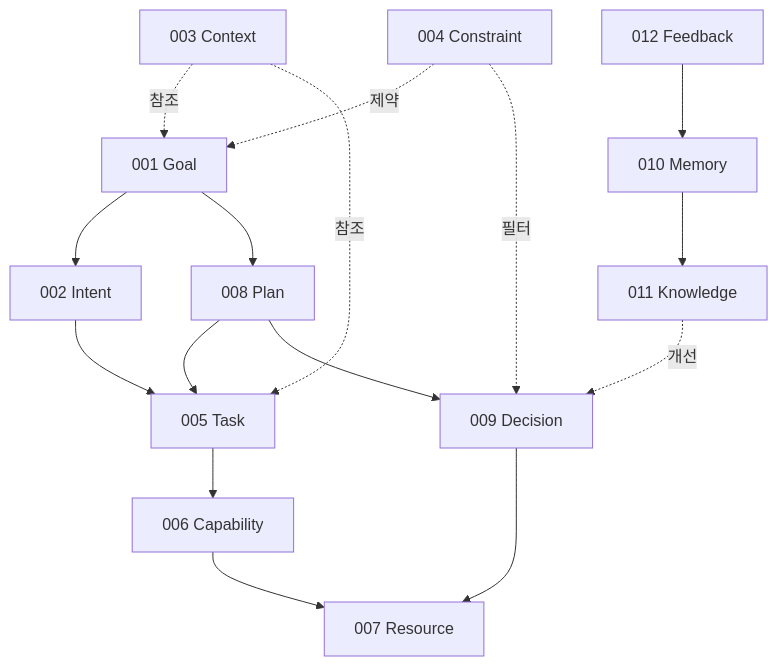
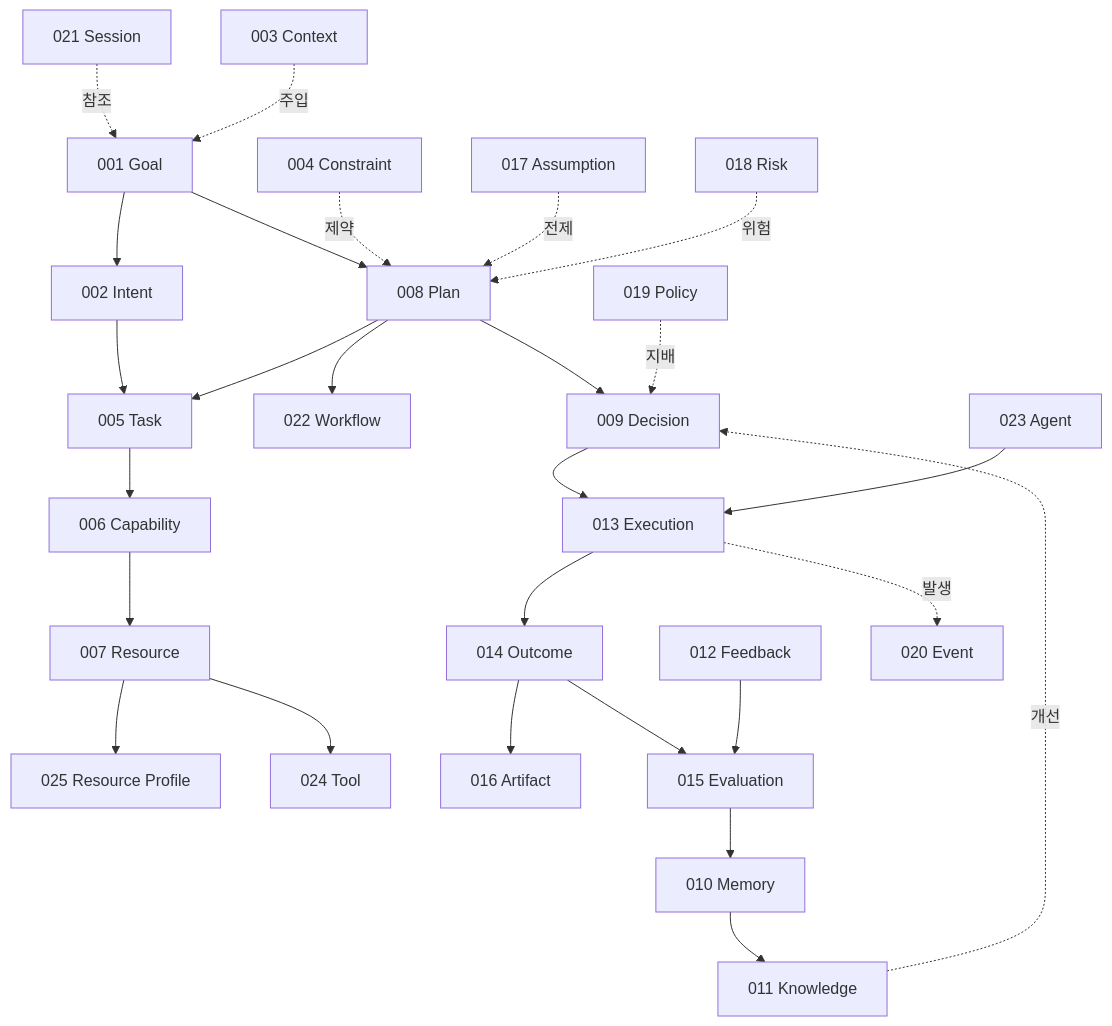
Before and after one commit to gyhan0223/intent-os-spec: the diagram in entities/README.md, drawn with Mermaid. The commit also changed other lines of this file and 36 other files, not shown here.

````diff
--- a/entities/README.md
+++ b/entities/README.md
@@ -109,21 +144,32 @@
 ```mermaid
 graph TD
-    Goal[001 Goal] --> Intent[002 Intent]
+    Session[021 Session] -.참조.-> Goal[001 Goal]
+    Goal --> Intent[002 Intent]
     Intent --> Task[005 Task]
     Task --> Capability[006 Capability]
     Capability --> Resource[007 Resource]
-
-    Context[003 Context] -.참조.-> Goal
-    Context -.참조.-> Task
-    Constraint[004 Constraint] -.제약.-> Goal
-    Constraint -.필터.-> Decision[009 Decision]
+    Resource --> Profile[025 Resource Profile]
+    Resource --> Tool[024 Tool]
 
     Goal --> Plan[008 Plan]
     Plan --> Task
-    Plan --> Decision
-    Decision --> Resource
+    Plan --> Workflow[022 Workflow]
+    Plan --> Decision[009 Decision]
+    Decision --> Execution[013 Execution]
+    Execution --> Outcome[014 Outcome]
+    Outcome --> Artifact[016 Artifact]
+    Outcome --> Evaluation[015 Evaluation]
 
-    Feedback[012 Feedback] --> Memory[010 Memory]
+    Feedback[012 Feedback] --> Evaluation
+    Evaluation --> Memory[010 Memory]
     Memory --> Knowledge[011 Knowledge]
     Knowledge -.개선.-> Decision
+
+    Context[003 Context] -.주입.-> Goal
+    Constraint[004 Constraint] -.제약.-> Plan
+    Assumption[017 Assumption] -.전제.-> Plan
+    Risk[018 Risk] -.위험.-> Plan
+    Policy[019 Policy] -.지배.-> Decision
+    Agent[023 Agent] --> Execution
+    Execution -.발생.-> Event[020 Event]
 ```
````
